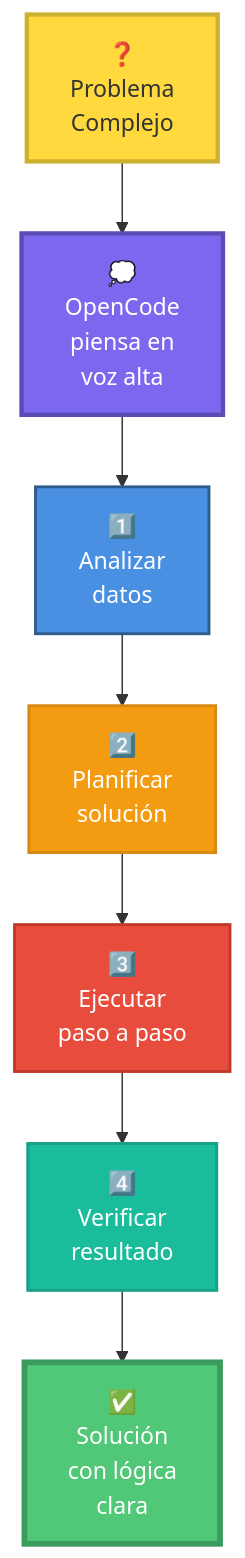
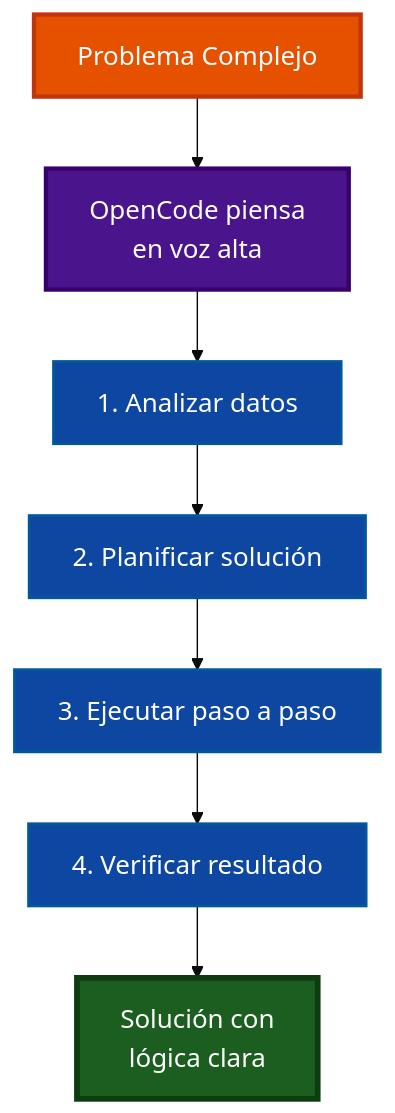
Diagram 11 of 18 in courses/🟡-development/FPUNA-2026/00-FUNDAMENTOS-PRINCIPALES/03-ingenieria-prompts.md (Ai-Whisperers/Courses-Content), drawn with Mermaid before and after one commit. The commit also changed other lines of this file and 47 other files, not shown here.

First line of the commit message:
fix: Make all 473 diagrams WCAG AAA accessible (FPUNA-2026)

````diff
--- a/courses/🟡-development/FPUNA-2026/00-FUNDAMENTOS-PRINCIPALES/03-ingenieria-prompts.md
+++ b/courses/🟡-development/FPUNA-2026/00-FUNDAMENTOS-PRINCIPALES/03-ingenieria-prompts.md
@@ -660,17 +670,18 @@
 ```mermaid
+%%{init: {'theme':'base', 'themeVariables': {'fontSize':'18px'}}}%%
 flowchart TD
-    A["❓<br/>Problema<br/>Complejo"] --> B["💭<br/>OpenCode<br/>piensa en<br/>voz alta"]
-    B --> C["1️⃣<br/>Analizar<br/>datos"]
-    C --> D["2️⃣<br/>Planificar<br/>solución"]
-    D --> E["3️⃣<br/>Ejecutar<br/>paso a paso"]
-    E --> F["4️⃣<br/>Verificar<br/>resultado"]
-    F --> G["✅<br/>Solución<br/>con lógica<br/>clara"]
+    A["Problema Complejo"] --> B["OpenCode piensa<br>en voz alta"]
+    B --> C["1. Analizar datos"]
+    C --> D["2. Planificar solución"]
+    D --> E["3. Ejecutar paso a paso"]
+    E --> F["4. Verificar resultado"]
+    F --> G["Solución con<br>lógica clara"]
     
-    style A fill:#FFD93D,stroke:#CCB031,stroke-width:3px,color:#333
-    style B fill:#7B68EE,stroke:#5A4BB5,stroke-width:3px,color:#fff
-    style C fill:#4A90E2,stroke:#2E5C8A,stroke-width:2px,color:#fff
-    style D fill:#F39C12,stroke:#D68910,stroke-width:2px,color:#fff
-    style E fill:#E74C3C,stroke:#C0392B,stroke-width:2px,color:#fff
-    style F fill:#1ABC9C,stroke:#16A085,stroke-width:2px,color:#fff
-    style G fill:#50C878,stroke:#3A9B5C,stroke-width:4px,color:#fff
+    style A fill:#e65100,stroke:#bf360c,stroke-width:3px,color:#fff
+    style B fill:#4a148c,stroke:#38006b,stroke-width:3px,color:#fff
+    style C fill:#0d47a1,stroke:#01579b,stroke-width:2px,color:#fff
+    style D fill:#0d47a1,stroke:#01579b,stroke-width:2px,color:#fff
+    style E fill:#0d47a1,stroke:#01579b,stroke-width:2px,color:#fff
+    style F fill:#0d47a1,stroke:#01579b,stroke-width:2px,color:#fff
+    style G fill:#1b5e20,stroke:#0d3d0f,stroke-width:4px,color:#fff
 ```
````
